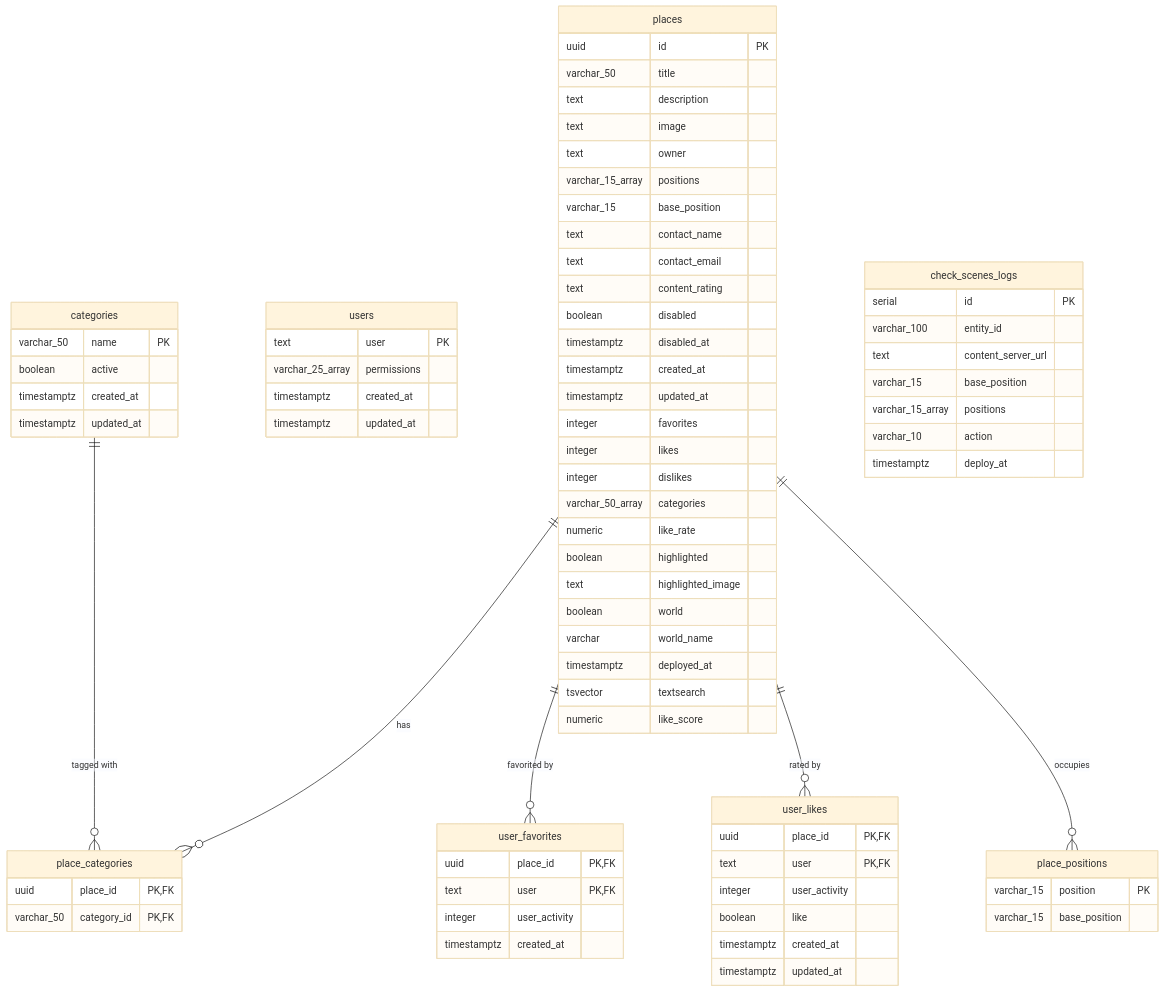
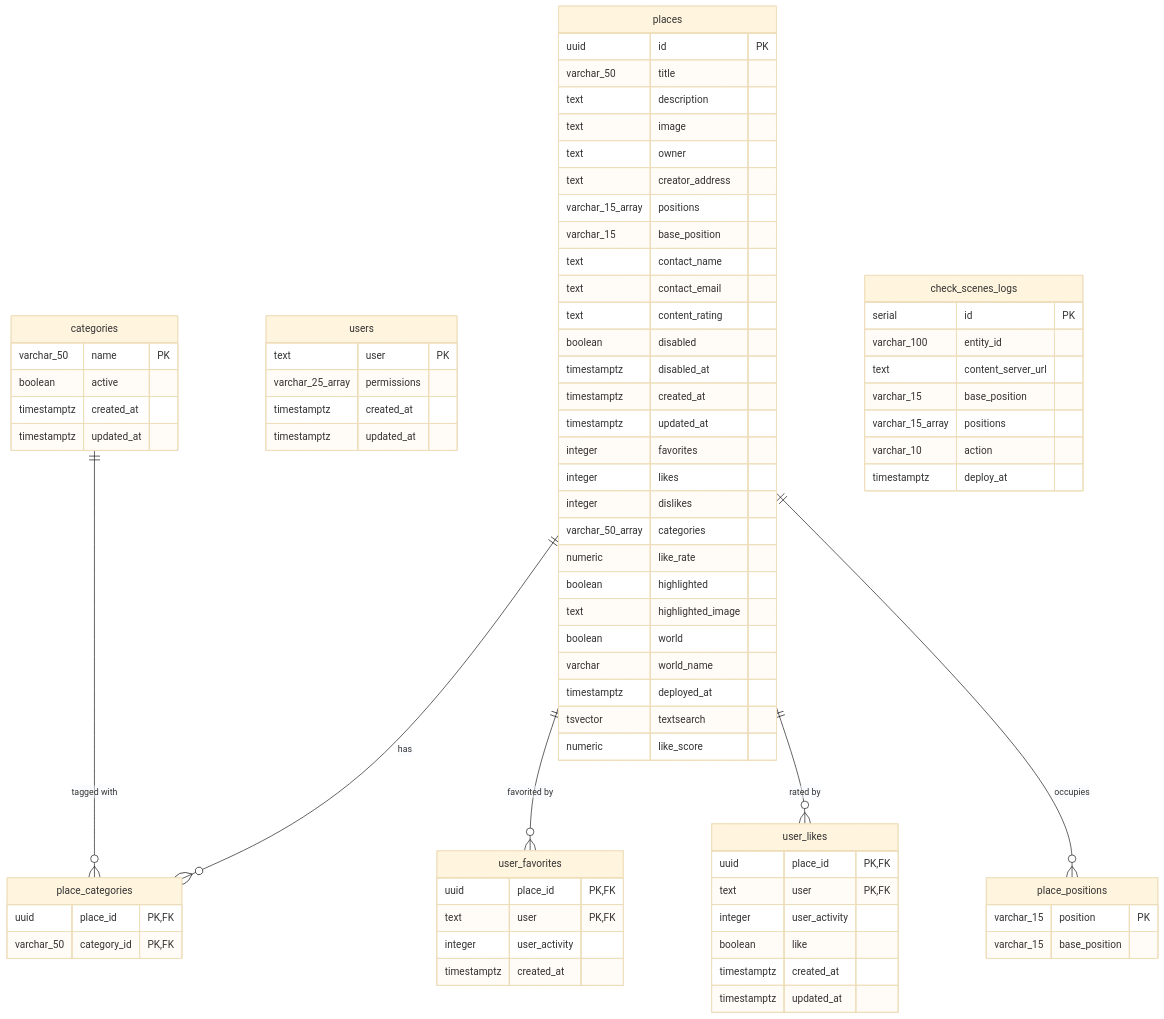
One commit to decentraland/places changed the diagram in docs/database-schemas.md. Above: the diagram before and after it, drawn with Mermaid (base theme). The commit also changed other lines of this file and 2 other files, not shown here.

First line of the commit message:
docs: update README and documentation to include creator_address details for places

```diff
--- a/docs/database-schemas.md
+++ b/docs/database-schemas.md
@@ -12,6 +12,7 @@
         text description
         text image
         text owner
+        text creator_address
         varchar_15_array positions
         varchar_15 base_position
         text contact_name
```
